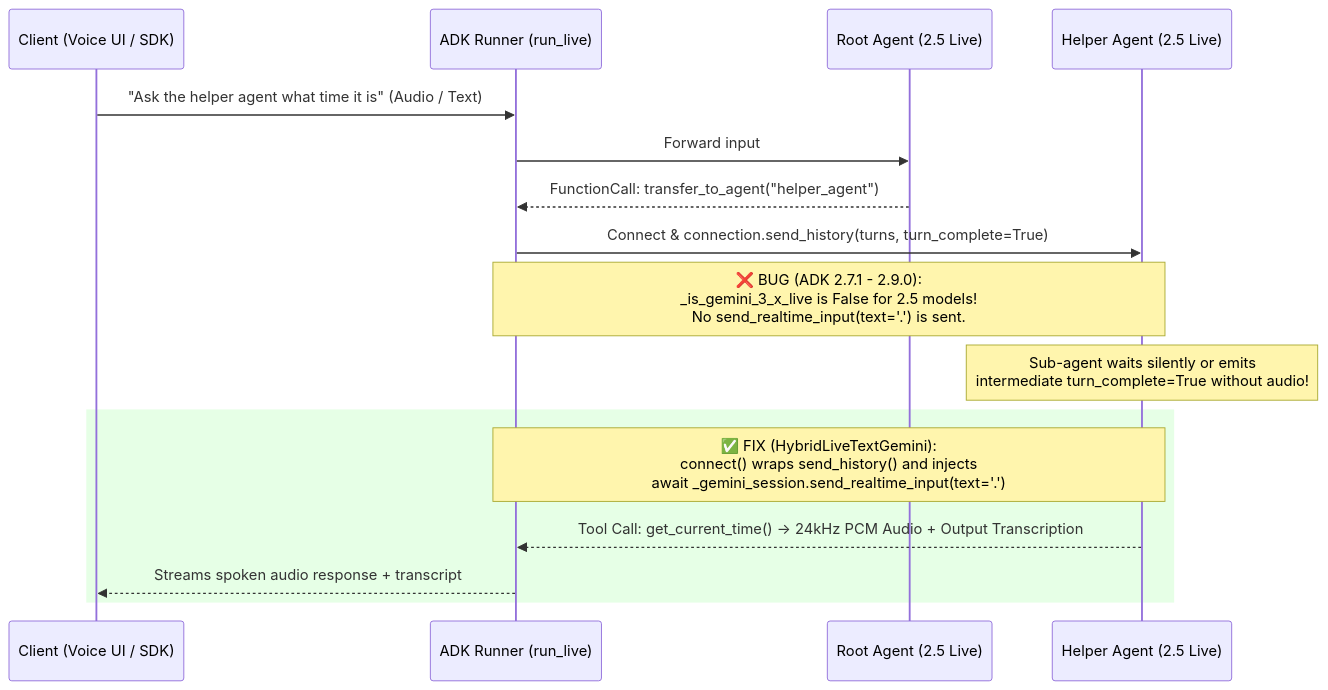
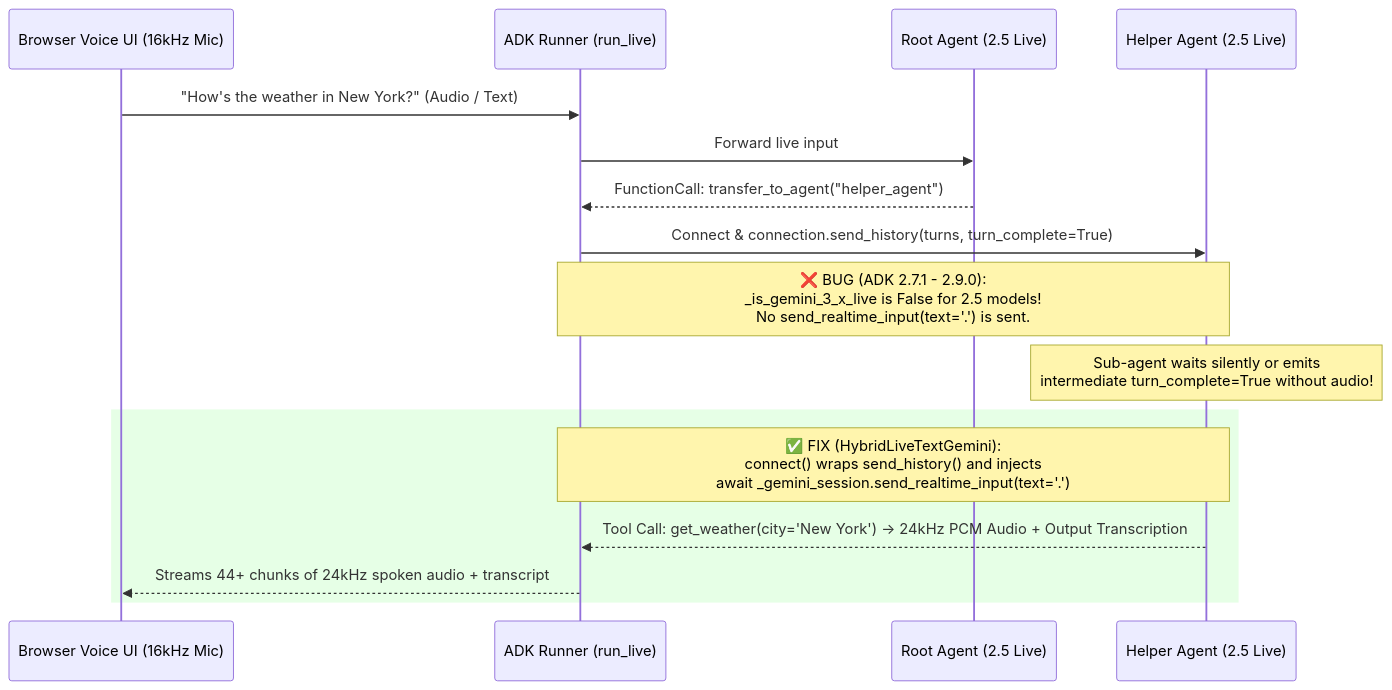
The diagram in semiautonomous-agents/adk-live-handoff-5238/README.md (jchavezar/vertex-ai-samples), drawn with Mermaid before and after one commit. The commit also changed other lines of this file and 3 other files, not shown here.

Commit message:
feat(adk-live-handoff-5238): add Vercel Monochrome Voice UI (Light/Dark toggle + Claude Ink loader), URL-safe Base64 audio fix, and customer documentation with screenshot

````diff
--- a/semiautonomous-agents/adk-live-handoff-5238/README.md
+++ b/semiautonomous-agents/adk-live-handoff-5238/README.md
@@ -50,19 +52,19 @@
 ```mermaid
 sequenceDiagram
-    participant User as Client (Voice UI / SDK)
+    participant User as Browser Voice UI (16kHz Mic)
     participant ADK as ADK Runner (run_live)
     participant Root as Root Agent (2.5 Live)
     participant Sub as Helper Agent (2.5 Live)
 
-    User->>ADK: "Ask the helper agent what time it is" (Audio / Text)
-    ADK->>Root: Forward input
+    User->>ADK: "How's the weather in New York?" (Audio / Text)
+    ADK->>Root: Forward live input
     Root-->>ADK: FunctionCall: transfer_to_agent("helper_agent")
     ADK->>Sub: Connect & connection.send_history(turns, turn_complete=True)
     Note over ADK,Sub: ❌ BUG (ADK 2.7.1 - 2.9.0):<br/>_is_gemini_3_x_live is False for 2.5 models!<br/>No send_realtime_input(text='.') is sent.
     Note over Sub: Sub-agent waits silently or emits<br/>intermediate turn_complete=True without audio!
     rect rgb(230, 255, 230)
     Note over ADK,Sub: ✅ FIX (HybridLiveTextGemini):<br/>connect() wraps send_history() and injects<br/>await _gemini_session.send_realtime_input(text='.')
-    Sub-->>ADK: Tool Call: get_current_time() -> 24kHz PCM Audio + Output Transcription
-    ADK-->>User: Streams spoken audio response + transcript
+    Sub-->>ADK: Tool Call: get_weather(city='New York') -> 24kHz PCM Audio + Output Transcription
+    ADK-->>User: Streams 44+ chunks of 24kHz spoken audio + transcript
     end
 ```
````
